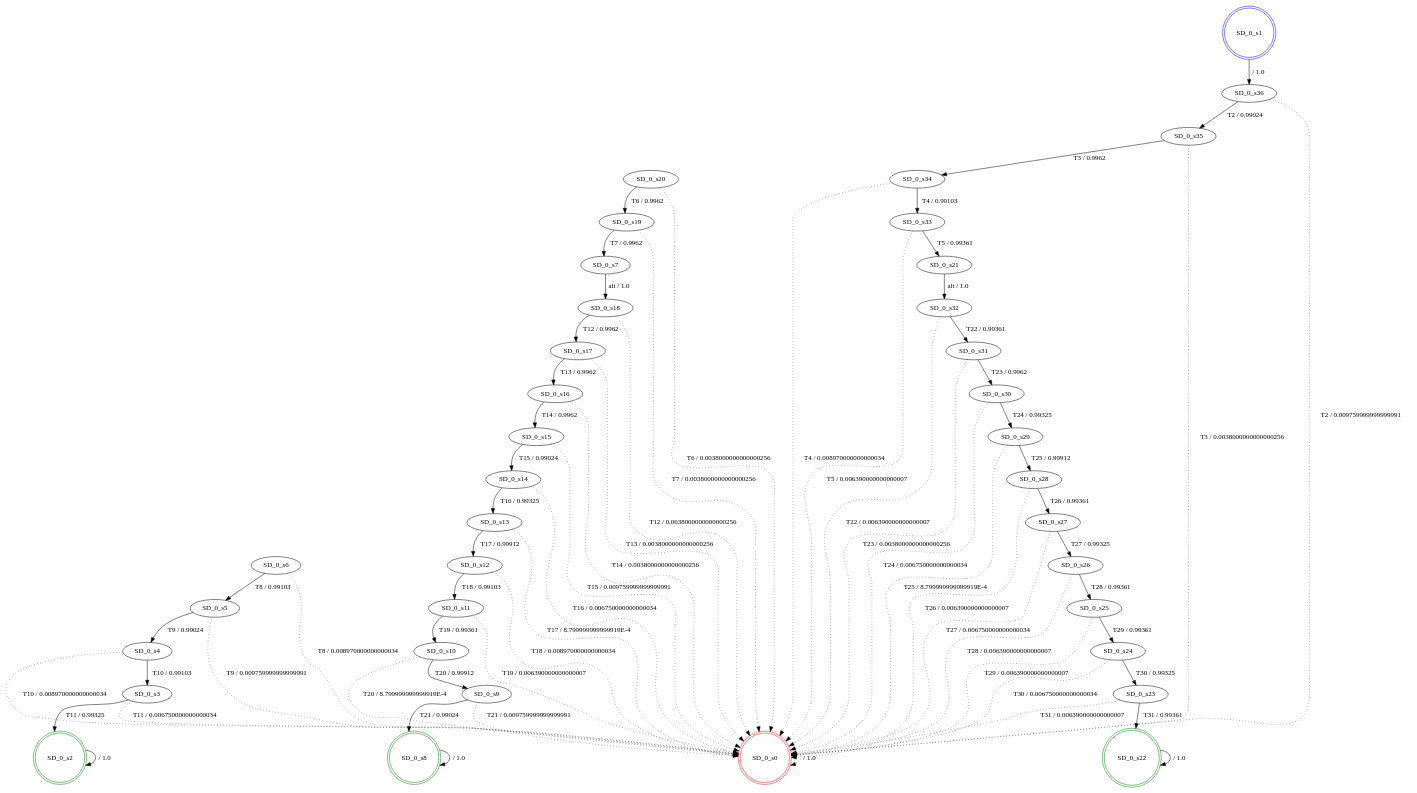
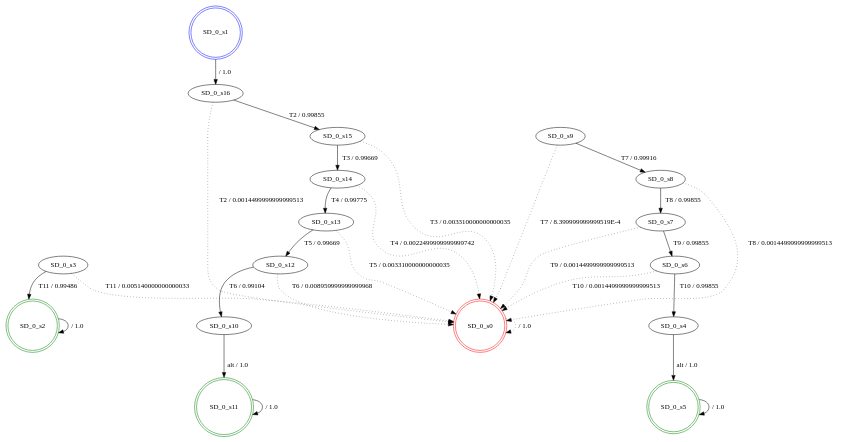
One commit to SPLMC/spl-generator changed the diagram in src/results_joao/fdtmc_SD_0.dot. Above: the diagram before and after it, drawn with Graphviz. The commit also changed 38 other files, not shown here.

```diff
--- a/src/results_joao/fdtmc_SD_0.dot
+++ b/src/results_joao/fdtmc_SD_0.dot
@@ -1,106 +1,46 @@
 digraph graphname {
 SD_0_s0 [label="SD_0_s0",color=red,shape=doublecircle ];
 SD_0_s1 [label="SD_0_s1",color=blue,shape=doublecircle ];
 SD_0_s2 [label="SD_0_s2",color=green,shape=doublecircle ];
 SD_0_s3 [label="SD_0_s3" ];
 SD_0_s4 [label="SD_0_s4" ];
-SD_0_s5 [label="SD_0_s5" ];
+SD_0_s5 [label="SD_0_s5",color=green,shape=doublecircle ];
 SD_0_s6 [label="SD_0_s6" ];
 SD_0_s7 [label="SD_0_s7" ];
-SD_0_s8 [label="SD_0_s8",color=green,shape=doublecircle ];
+SD_0_s8 [label="SD_0_s8" ];
 SD_0_s9 [label="SD_0_s9" ];
 SD_0_s10 [label="SD_0_s10" ];
-SD_0_s11 [label="SD_0_s11" ];
+SD_0_s11 [label="SD_0_s11",color=green,shape=doublecircle ];
 SD_0_s12 [label="SD_0_s12" ];
 SD_0_s13 [label="SD_0_s13" ];
 SD_0_s14 [label="SD_0_s14" ];
 SD_0_s15 [label="SD_0_s15" ];
 SD_0_s16 [label="SD_0_s16" ];
-SD_0_s17 [label="SD_0_s17" ];
-SD_0_s18 [label="SD_0_s18" ];
-SD_0_s19 [label="SD_0_s19" ];
-SD_0_s20 [label="SD_0_s20" ];
-SD_0_s21 [label="SD_0_s21" ];
-SD_0_s22 [label="SD_0_s22",color=green,shape=doublecircle ];
-SD_0_s23 [label="SD_0_s23" ];
-SD_0_s24 [label="SD_0_s24" ];
-SD_0_s25 [label="SD_0_s25" ];
-SD_0_s26 [label="SD_0_s26" ];
-SD_0_s27 [label="SD_0_s27" ];
-SD_0_s28 [label="SD_0_s28" ];
-SD_0_s29 [label="SD_0_s29" ];
-SD_0_s30 [label="SD_0_s30" ];
-SD_0_s31 [label="SD_0_s31" ];
-SD_0_s32 [label="SD_0_s32" ];
-SD_0_s33 [label="SD_0_s33" ];
-SD_0_s34 [label="SD_0_s34" ];
-SD_0_s35 [label="SD_0_s35" ];
-SD_0_s36 [label="SD_0_s36" ];
 SD_0_s0 -> SD_0_s0 [label=" / 1.0", style=dotted];
-SD_0_s1 -> SD_0_s36 [label=" / 1.0"];
+SD_0_s1 -> SD_0_s16 [label=" / 1.0"];
 SD_0_s2 -> SD_0_s2 [label=" / 1.0"];
-SD_0_s3 -> SD_0_s2 [label="T11 / 0.99325"];
-SD_0_s3 -> SD_0_s0 [label="T11 / 0.006750000000000034", style=dotted];
-SD_0_s4 -> SD_0_s3 [label="T10 / 0.99103"];
-SD_0_s4 -> SD_0_s0 [label="T10 / 0.008970000000000034", style=dotted];
-SD_0_s5 -> SD_0_s4 [label="T9 / 0.99024"];
-SD_0_s5 -> SD_0_s0 [label="T9 / 0.009759999999999991", style=dotted];
-SD_0_s6 -> SD_0_s5 [label="T8 / 0.99103"];
-SD_0_s6 -> SD_0_s0 [label="T8 / 0.008970000000000034", style=dotted];
-SD_0_s7 -> SD_0_s18 [label="alt / 1.0"];
-SD_0_s8 -> SD_0_s8 [label=" / 1.0"];
-SD_0_s9 -> SD_0_s8 [label="T21 / 0.99024"];
-SD_0_s9 -> SD_0_s0 [label="T21 / 0.009759999999999991", style=dotted];
-SD_0_s10 -> SD_0_s9 [label="T20 / 0.99912"];
-SD_0_s10 -> SD_0_s0 [label="T20 / 8.799999999999919E-4", style=dotted];
-SD_0_s11 -> SD_0_s10 [label="T19 / 0.99361"];
-SD_0_s11 -> SD_0_s0 [label="T19 / 0.006390000000000007", style=dotted];
-SD_0_s12 -> SD_0_s11 [label="T18 / 0.99103"];
-SD_0_s12 -> SD_0_s0 [label="T18 / 0.008970000000000034", style=dotted];
-SD_0_s13 -> SD_0_s12 [label="T17 / 0.99912"];
-SD_0_s13 -> SD_0_s0 [label="T17 / 8.799999999999919E-4", style=dotted];
-SD_0_s14 -> SD_0_s13 [label="T16 / 0.99325"];
-SD_0_s14 -> SD_0_s0 [label="T16 / 0.006750000000000034", style=dotted];
-SD_0_s15 -> SD_0_s14 [label="T15 / 0.99024"];
-SD_0_s15 -> SD_0_s0 [label="T15 / 0.009759999999999991", style=dotted];
-SD_0_s16 -> SD_0_s15 [label="T14 / 0.9962"];
-SD_0_s16 -> SD_0_s0 [label="T14 / 0.0038000000000000256", style=dotted];
-SD_0_s17 -> SD_0_s16 [label="T13 / 0.9962"];
-SD_0_s17 -> SD_0_s0 [label="T13 / 0.0038000000000000256", style=dotted];
-SD_0_s18 -> SD_0_s17 [label="T12 / 0.9962"];
-SD_0_s18 -> SD_0_s0 [label="T12 / 0.0038000000000000256", style=dotted];
-SD_0_s19 -> SD_0_s7 [label="T7 / 0.9962"];
-SD_0_s19 -> SD_0_s0 [label="T7 / 0.0038000000000000256", style=dotted];
-SD_0_s20 -> SD_0_s19 [label="T6 / 0.9962"];
-SD_0_s20 -> SD_0_s0 [label="T6 / 0.0038000000000000256", style=dotted];
-SD_0_s21 -> SD_0_s32 [label="alt / 1.0"];
-SD_0_s22 -> SD_0_s22 [label=" / 1.0"];
-SD_0_s23 -> SD_0_s22 [label="T31 / 0.99361"];
-SD_0_s23 -> SD_0_s0 [label="T31 / 0.006390000000000007", style=dotted];
-SD_0_s24 -> SD_0_s23 [label="T30 / 0.99325"];
-SD_0_s24 -> SD_0_s0 [label="T30 / 0.006750000000000034", style=dotted];
-SD_0_s25 -> SD_0_s24 [label="T29 / 0.99361"];
-SD_0_s25 -> SD_0_s0 [label="T29 / 0.006390000000000007", style=dotted];
-SD_0_s26 -> SD_0_s25 [label="T28 / 0.99361"];
-SD_0_s26 -> SD_0_s0 [label="T28 / 0.006390000000000007", style=dotted];
-SD_0_s27 -> SD_0_s26 [label="T27 / 0.99325"];
-SD_0_s27 -> SD_0_s0 [label="T27 / 0.006750000000000034", style=dotted];
-SD_0_s28 -> SD_0_s27 [label="T26 / 0.99361"];
-SD_0_s28 -> SD_0_s0 [label="T26 / 0.006390000000000007", style=dotted];
-SD_0_s29 -> SD_0_s28 [label="T25 / 0.99912"];
-SD_0_s29 -> SD_0_s0 [label="T25 / 8.799999999999919E-4", style=dotted];
-SD_0_s30 -> SD_0_s29 [label="T24 / 0.99325"];
-SD_0_s30 -> SD_0_s0 [label="T24 / 0.006750000000000034", style=dotted];
-SD_0_s31 -> SD_0_s30 [label="T23 / 0.9962"];
-SD_0_s31 -> SD_0_s0 [label="T23 / 0.0038000000000000256", style=dotted];
-SD_0_s32 -> SD_0_s31 [label="T22 / 0.99361"];
-SD_0_s32 -> SD_0_s0 [label="T22 / 0.006390000000000007", style=dotted];
-SD_0_s33 -> SD_0_s21 [label="T5 / 0.99361"];
-SD_0_s33 -> SD_0_s0 [label="T5 / 0.006390000000000007", style=dotted];
-SD_0_s34 -> SD_0_s33 [label="T4 / 0.99103"];
-SD_0_s34 -> SD_0_s0 [label="T4 / 0.008970000000000034", style=dotted];
-SD_0_s35 -> SD_0_s34 [label="T3 / 0.9962"];
-SD_0_s35 -> SD_0_s0 [label="T3 / 0.0038000000000000256", style=dotted];
-SD_0_s36 -> SD_0_s35 [label="T2 / 0.99024"];
-SD_0_s36 -> SD_0_s0 [label="T2 / 0.009759999999999991", style=dotted];
+SD_0_s3 -> SD_0_s2 [label="T11 / 0.99486"];
+SD_0_s3 -> SD_0_s0 [label="T11 / 0.005140000000000033", style=dotted];
+SD_0_s4 -> SD_0_s5 [label="alt / 1.0"];
+SD_0_s5 -> SD_0_s5 [label=" / 1.0"];
+SD_0_s6 -> SD_0_s4 [label="T10 / 0.99855"];
+SD_0_s6 -> SD_0_s0 [label="T10 / 0.0014499999999999513", style=dotted];
+SD_0_s7 -> SD_0_s6 [label="T9 / 0.99855"];
+SD_0_s7 -> SD_0_s0 [label="T9 / 0.0014499999999999513", style=dotted];
+SD_0_s8 -> SD_0_s7 [label="T8 / 0.99855"];
+SD_0_s8 -> SD_0_s0 [label="T8 / 0.0014499999999999513", style=dotted];
+SD_0_s9 -> SD_0_s8 [label="T7 / 0.99916"];
+SD_0_s9 -> SD_0_s0 [label="T7 / 8.399999999999519E-4", style=dotted];
+SD_0_s10 -> SD_0_s11 [label="alt / 1.0"];
+SD_0_s11 -> SD_0_s11 [label=" / 1.0"];
+SD_0_s12 -> SD_0_s10 [label="T6 / 0.99104"];
+SD_0_s12 -> SD_0_s0 [label="T6 / 0.008959999999999968", style=dotted];
+SD_0_s13 -> SD_0_s12 [label="T5 / 0.99669"];
+SD_0_s13 -> SD_0_s0 [label="T5 / 0.003310000000000035", style=dotted];
+SD_0_s14 -> SD_0_s13 [label="T4 / 0.99775"];
+SD_0_s14 -> SD_0_s0 [label="T4 / 0.0022499999999999742", style=dotted];
+SD_0_s15 -> SD_0_s14 [label="T3 / 0.99669"];
+SD_0_s15 -> SD_0_s0 [label="T3 / 0.003310000000000035", style=dotted];
+SD_0_s16 -> SD_0_s15 [label="T2 / 0.99855"];
+SD_0_s16 -> SD_0_s0 [label="T2 / 0.0014499999999999513", style=dotted];
 }
```
